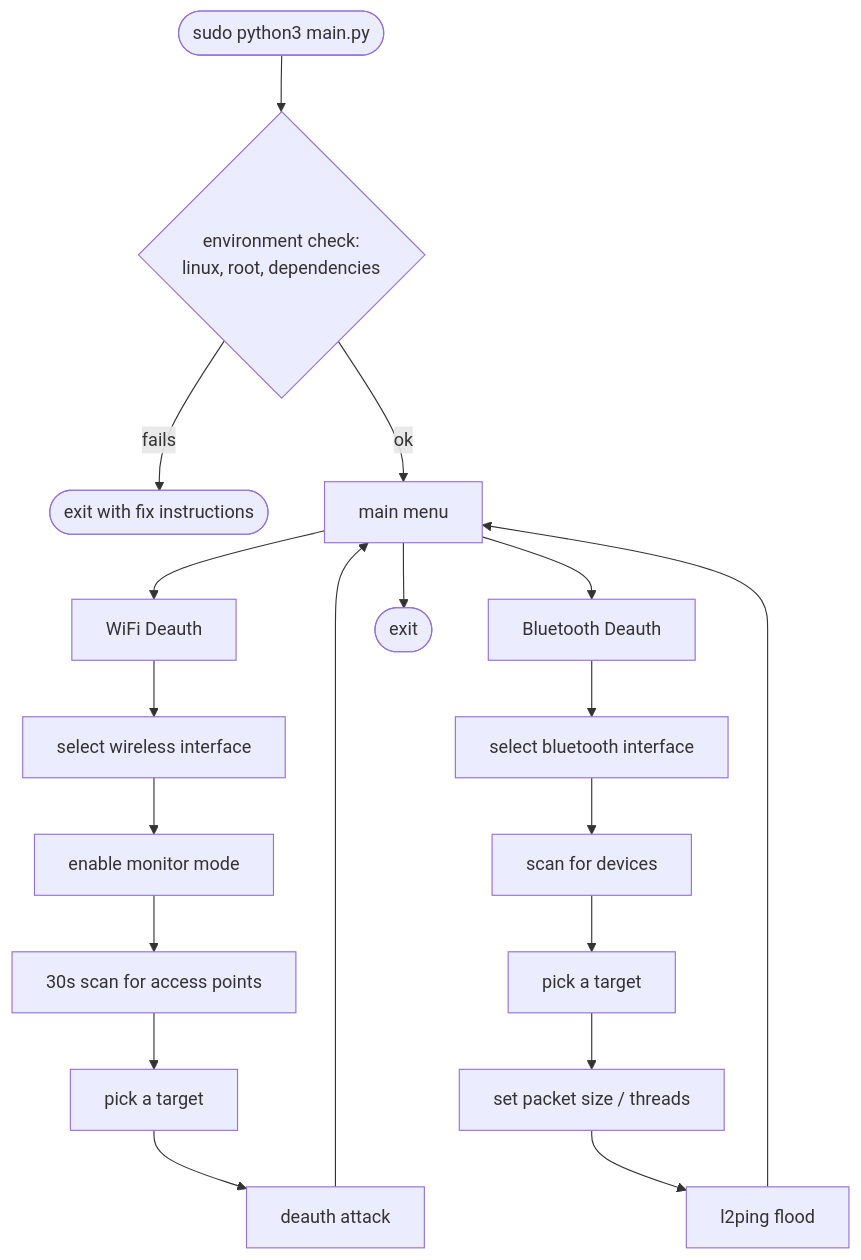
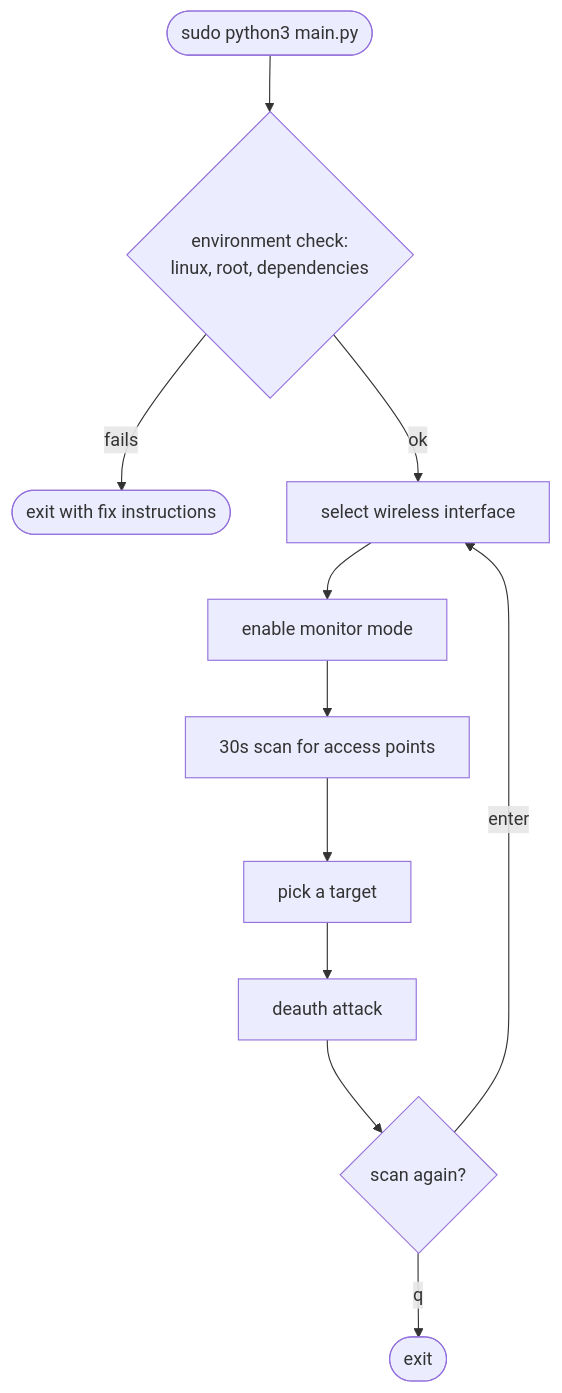
The diagram in README.md (CodinWaffle/DeauthWave), drawn with Mermaid before and after one commit. The commit also changed other lines of this file and 5 other files, not shown here.

Commit message:
remove Bluetooth support, rebrand to DeauthWave, and update UI workflow

````diff
--- a/README.md
+++ b/README.md
@@ -14,24 +11,14 @@
 ```mermaid
 flowchart TD
     Start(["sudo python3 main.py"]) --> Check{"environment check:<br/>linux, root, dependencies"}
     Check -->|fails| Exit1(["exit with fix instructions"])
-    Check -->|ok| Menu["main menu"]
+    Check -->|ok| W1["select wireless interface"]
 
-    Menu --> Wifi["WiFi Deauth"]
-    Menu --> BT["Bluetooth Deauth"]
-    Menu --> Exit2(["exit"])
-
-    Wifi --> W1["select wireless interface"]
     W1 --> W2["enable monitor mode"]
     W2 --> W3["30s scan for access points"]
     W3 --> W4["pick a target"]
     W4 --> W5["deauth attack"]
-    W5 --> Menu
-
-    BT --> B1["select bluetooth interface"]
-    B1 --> B2["scan for devices"]
-    B2 --> B3["pick a target"]
-    B3 --> B4["set packet size / threads"]
-    B4 --> B5["l2ping flood"]
-    B5 --> Menu
+    W5 --> Again{"scan again?"}
+    Again -->|enter| W1
+    Again -->|q| Exit2(["exit"])
 ```
````
